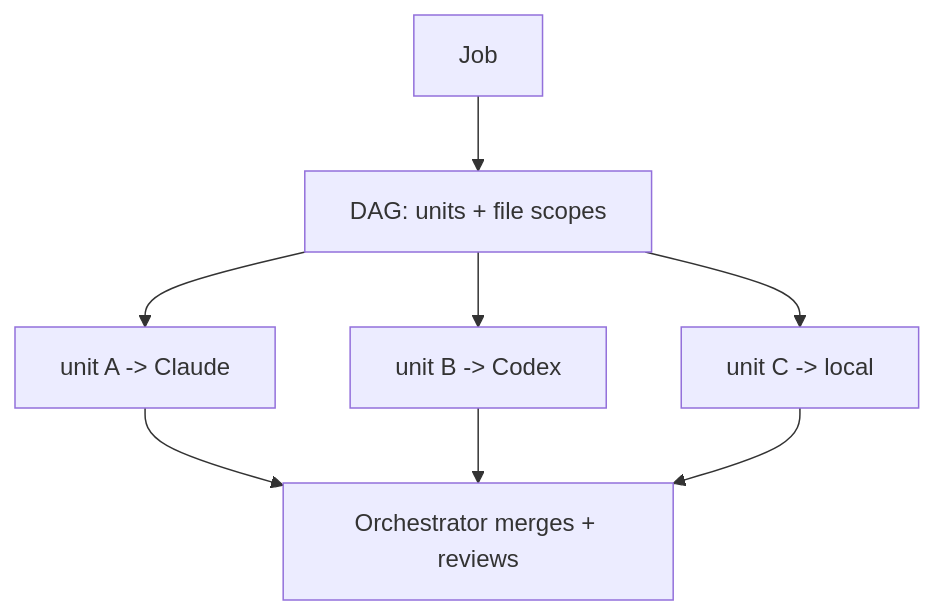
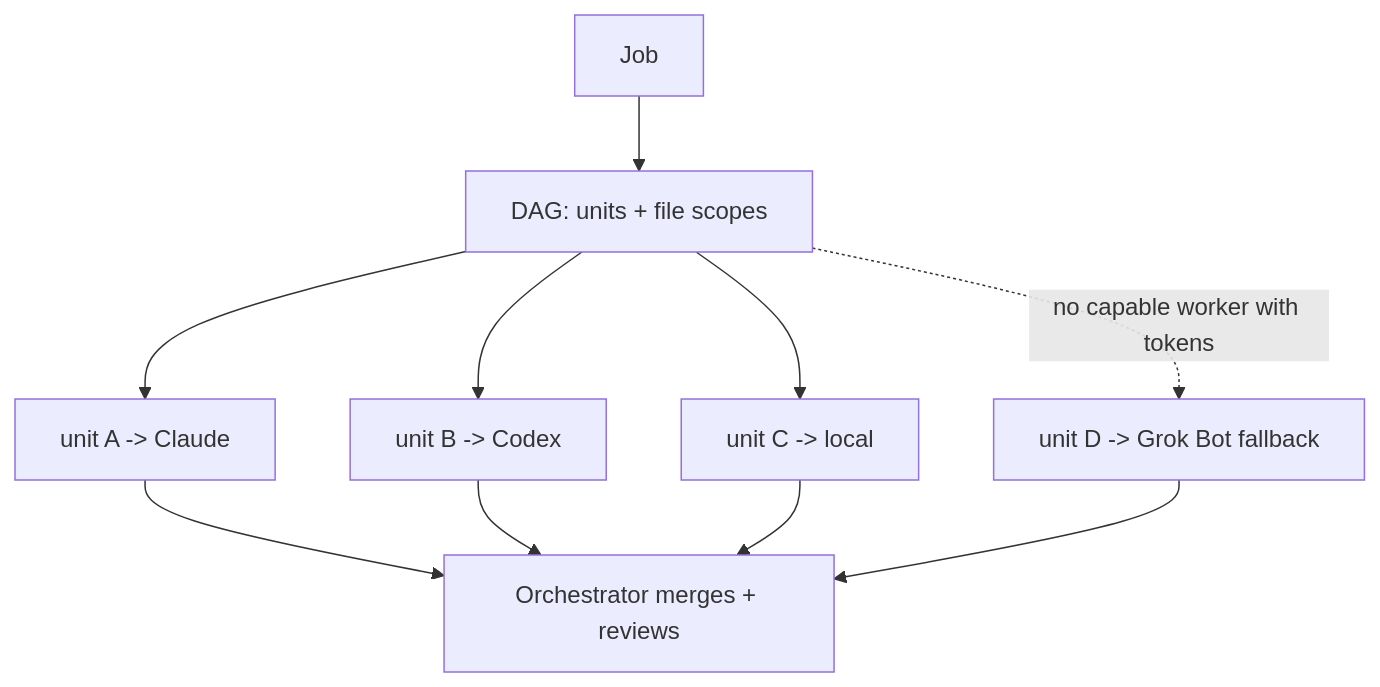
Before and after one commit to ovhirup/dynamic-llm-router: the second of 3 diagrams in docs/ROUTING_STRATEGY.md, drawn with Mermaid. The commit also changed other lines of this file, not shown here.

Commit message:
docs(strategy): Grok Bot is excluded from the parallel pool; selected only when no capable worker has tokens

````diff
--- a/docs/ROUTING_STRATEGY.md
+++ b/docs/ROUTING_STRATEGY.md
@@ -48,8 +49,9 @@
 ```mermaid
 flowchart TB
   J[Job] --> D[DAG: units + file scopes]
   D --> U1[unit A -> Claude]
   D --> U2[unit B -> Codex]
   D --> U3[unit C -> local]
-  U1 & U2 & U3 --> R[Orchestrator merges + reviews]
+  D -. no capable worker with tokens .-> G[unit D -> Grok Bot fallback]
+  U1 & U2 & U3 & G --> R[Orchestrator merges + reviews]
 ```
````
